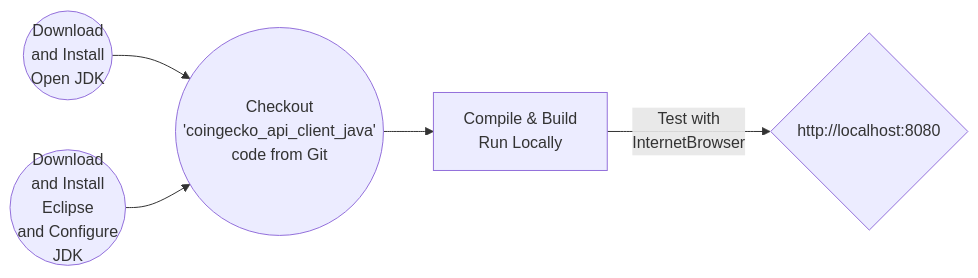
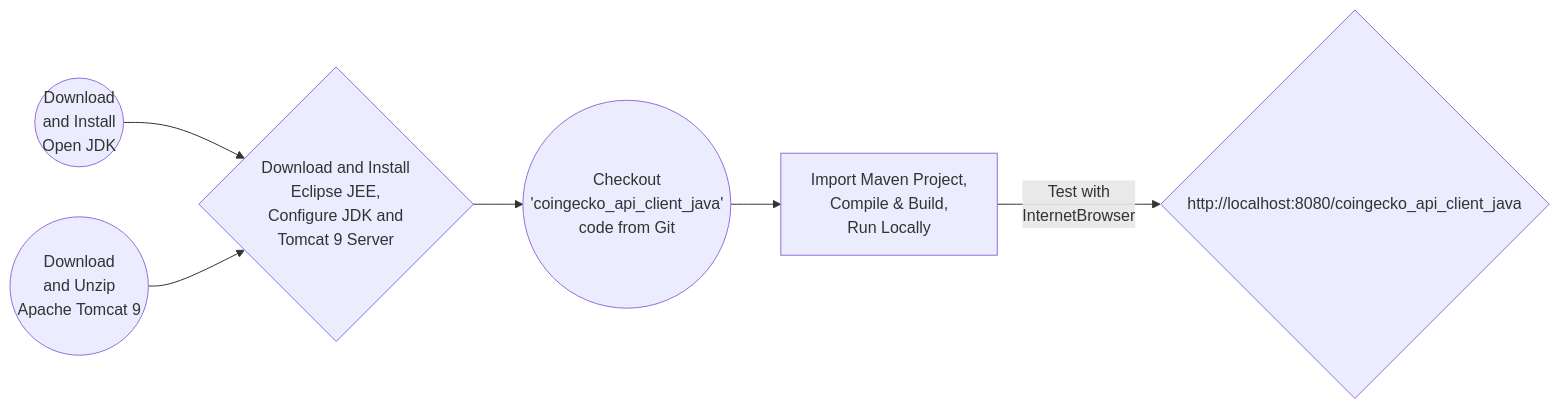
The diagram in README.md (lalumastan/coingecko_api_client_java), drawn with Mermaid before and after one commit. The commit also changed other lines of this file and 3 other files, not shown here.

````diff
--- a/README.md
+++ b/README.md
@@ -10,8 +12,17 @@
 ```mermaid
+
 graph LR
+
 A((Download<br/>and Install<br/>Open JDK)) --> C
-B((Download<br/>and Install<br/>Eclipse<br/>and Configure<br/>JDK)) --> C
-C((Checkout<br/>'coingecko_api_client_java'<br/>code from Git)) --> D
-D[Compile & Build<br/>Run Locally]
-D -- Test with<br/>InternetBrowser --> H{http://localhost:8080}
+
+B((Download<br/>and Unzip<br/>Apache Tomcat 9)) --> C
+
+C{Download and Install<br/>Eclipse JEE,<br/>Configure JDK and<br/>Tomcat 9 Server} --> D
+
+D((Checkout<br/>'coingecko_api_client_java'<br/>code from Git)) --> E
+
+E[Import Maven Project,<br/>Compile & Build,<br/>Run Locally]
+
+E -- Test with<br/>InternetBrowser --> H{http://localhost:8080/coingecko_api_client_java}
+
 ```
````
